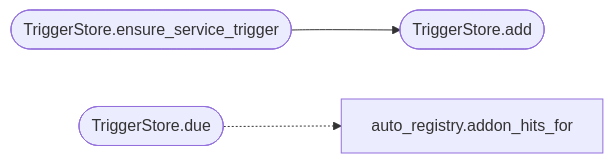
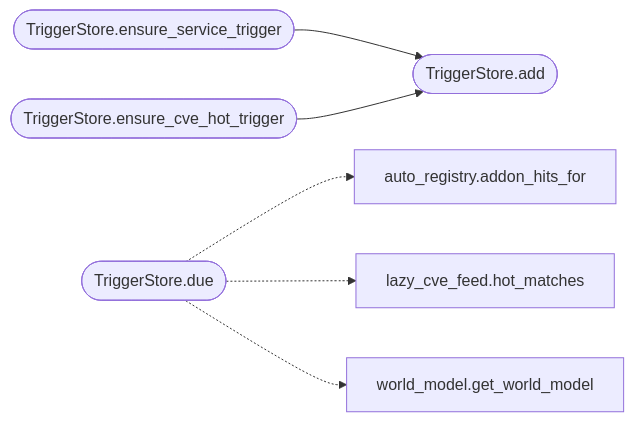
The diagram in readmenator-apidocs/modules/modules.loop_triggers.py.md (grisuno/LazyOwn), drawn with Mermaid before and after one commit. The commit also changed other lines of this file and 276 other files, not shown here.

````diff
--- a/readmenator-apidocs/modules/modules.loop_triggers.py.md
+++ b/readmenator-apidocs/modules/modules.loop_triggers.py.md
@@ -23,9 +23,15 @@
 ```mermaid
 flowchart LR
     n_modules_loop_triggers_py__TriggerStore_ensure_service_trigger(["TriggerStore.ensure_service_trigger"])
     n_modules_loop_triggers_py__TriggerStore_add(["TriggerStore.add"])
+    n_modules_loop_triggers_py__TriggerStore_ensure_cve_hot_trigger(["TriggerStore.ensure_cve_hot_trigger"])
     n_modules_loop_triggers_py__TriggerStore_due(["TriggerStore.due"])
     n_modules_auto_registry_py__addon_hits_for["auto_registry.addon_hits_for"]
+    n_modules_lazy_cve_feed_py__hot_matches["lazy_cve_feed.hot_matches"]
+    n_modules_world_model_py__get_world_model["world_model.get_world_model"]
     n_modules_loop_triggers_py__TriggerStore_ensure_service_trigger --> n_modules_loop_triggers_py__TriggerStore_add
+    n_modules_loop_triggers_py__TriggerStore_ensure_cve_hot_trigger --> n_modules_loop_triggers_py__TriggerStore_add
     n_modules_loop_triggers_py__TriggerStore_due -.-> n_modules_auto_registry_py__addon_hits_for
+    n_modules_loop_triggers_py__TriggerStore_due -.-> n_modules_lazy_cve_feed_py__hot_matches
+    n_modules_loop_triggers_py__TriggerStore_due -.-> n_modules_world_model_py__get_world_model
 ```
````
